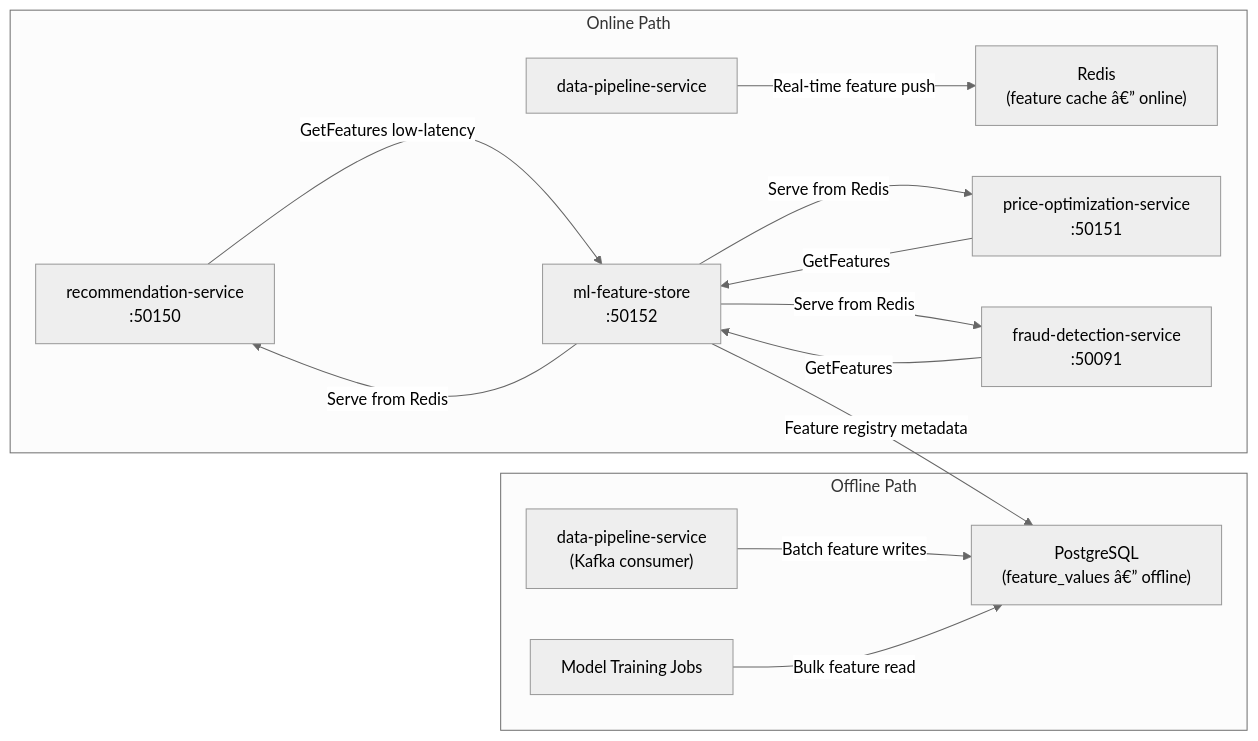
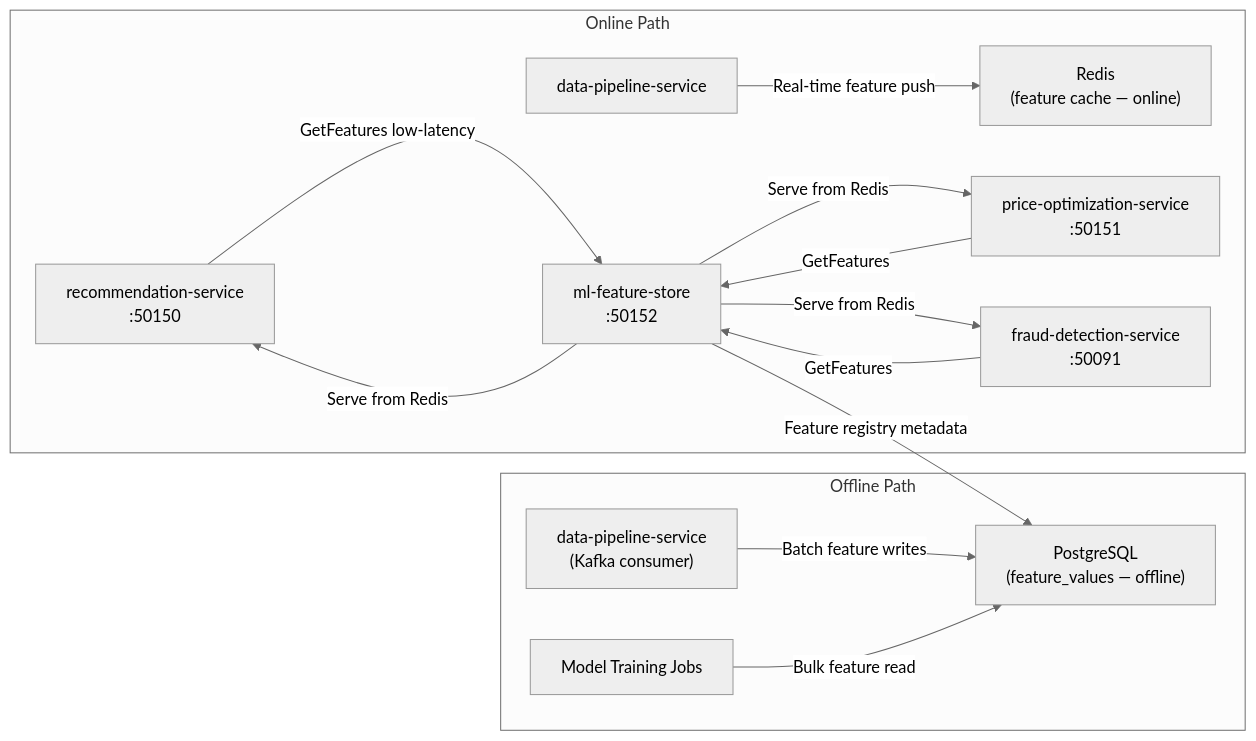
Before and after one commit to prabhat-roy/ShopOS: the diagram in src/analytics-ai/ml-feature-store/README.md, drawn with Mermaid (neutral theme). The commit also changed other lines of this file and 2221 other files, not shown here.

````diff
--- a/src/analytics-ai/ml-feature-store/README.md
+++ b/src/analytics-ai/ml-feature-store/README.md
@@ -11,19 +11,19 @@
 ```mermaid
 graph LR
     subgraph Offline["Offline Path"]
-        DP["data-pipeline-service\n(Kafka consumer)"] -->|Batch feature writes| PG["PostgreSQL\n(feature_values â€” offline)"]
+        DP["data-pipeline-service\n(Kafka consumer)"] -->|Batch feature writes| PG["PostgreSQL\n(feature_values — offline)"]
         Training["Model Training Jobs"] -->|Bulk feature read| PG
     end
 
     subgraph Online["Online Path"]
-        DP2["data-pipeline-service"] -->|Real-time feature push| Redis["Redis\n(feature cache â€” online)"]
+        DP2["data-pipeline-service"] -->|Real-time feature push| Redis["Redis\n(feature cache — online)"]
         RS["recommendation-service\n:50150"] -->|GetFeatures low-latency| MFS["ml-feature-store\n:50152"]
         POS["price-optimization-service\n:50151"] -->|GetFeatures| MFS
         FD["fraud-detection-service\n:50091"] -->|GetFeatures| MFS
         MFS -->|Serve from Redis| RS
         MFS -->|Serve from Redis| POS
         MFS -->|Serve from Redis| FD
     end
 
     MFS -->|Feature registry metadata| PG
 ```
````
